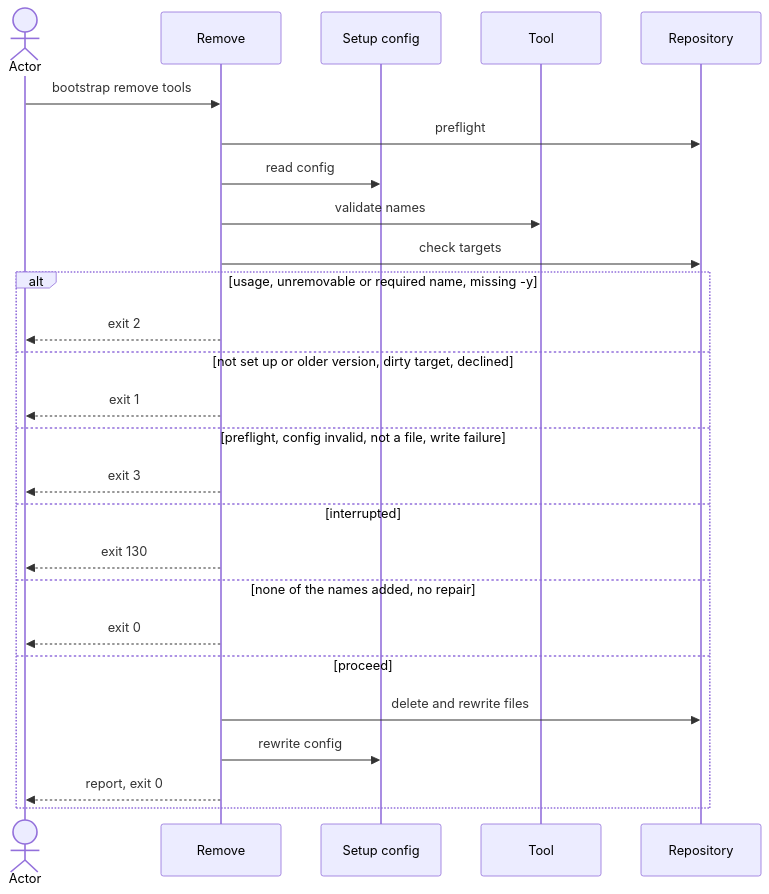
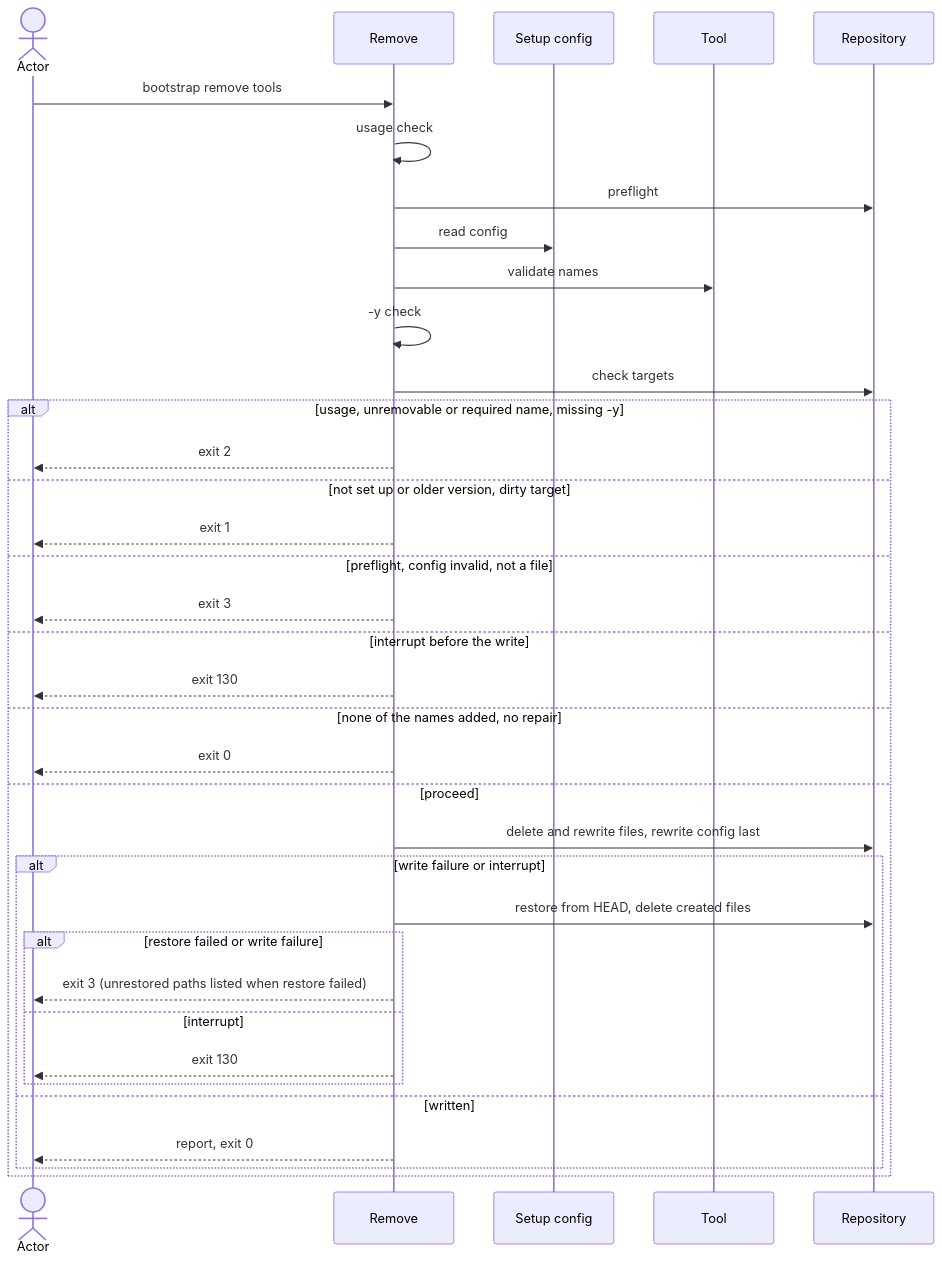
Before and after one commit to virajp/bootstrap: the diagram in docs/blueprint/flows/cli/150-remove-tool/index.md, drawn with Mermaid. The commit also changed other lines of this file and 19 other files, not shown here.

````diff
--- a/docs/blueprint/flows/cli/150-remove-tool/index.md
+++ b/docs/blueprint/flows/cli/150-remove-tool/index.md
@@ -113,28 +117,38 @@
 ```mermaid
 sequenceDiagram
     actor O as Actor
     participant M as Remove
     participant C as Setup config
     participant G as Tool
     participant R as Repository
     O->>M: bootstrap remove tools
+    M->>M: usage check
     M->>R: preflight
     M->>C: read config
     M->>G: validate names
+    M->>M: -y check
     M->>R: check targets
     alt usage, unremovable or required name, missing -y
         M-->>O: exit 2
-    else not set up or older version, dirty target, declined
+    else not set up or older version, dirty target
         M-->>O: exit 1
-    else preflight, config invalid, not a file, write failure
+    else preflight, config invalid, not a file
         M-->>O: exit 3
-    else interrupted
+    else interrupt before the write
         M-->>O: exit 130
     else none of the names added, no repair
         M-->>O: exit 0
     else proceed
-        M->>R: delete and rewrite files
-        M->>C: rewrite config
-        M-->>O: report, exit 0
+        M->>R: delete and rewrite files, rewrite config last
+        alt write failure or interrupt
+            M->>R: restore from HEAD, delete created files
+            alt restore failed or write failure
+                M-->>O: exit 3 (unrestored paths listed when restore failed)
+            else interrupt
+                M-->>O: exit 130
+            end
+        else written
+            M-->>O: report, exit 0
+        end
     end
 ```
````
